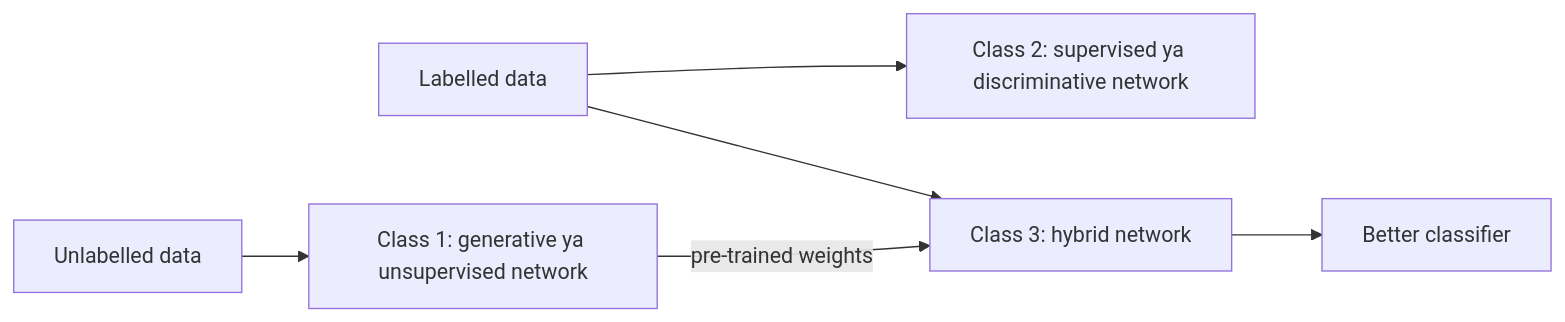
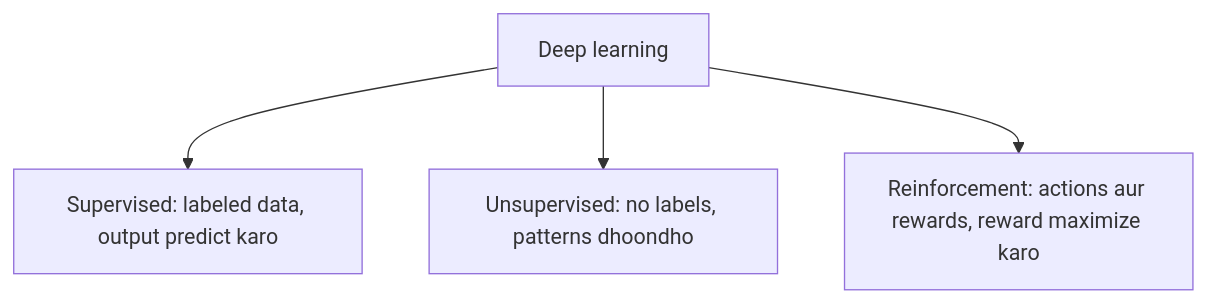
Before and after one commit to TrendySloth1001/sem-seven-notes: the diagram in content/deep-learning/pyq/2024-12/q2a.hi.mdx, drawn with Mermaid. The commit also changed other lines of this file and 168 other files, not shown here.

````diff
--- a/content/deep-learning/pyq/2024-12/q2a.hi.mdx
+++ b/content/deep-learning/pyq/2024-12/q2a.hi.mdx
@@ -9,9 +7,7 @@
 ```mermaid
-%% caption: Teeno classes ka relation. Hybrid class ek generative network ke seekhe hue weights ka use karti hai, taaki discriminative network ko help mile.
-flowchart LR
-  U["Unlabelled data"] --> G["Class 1: generative ya unsupervised network"]
-  L["Labelled data"] --> D["Class 2: supervised ya discriminative network"]
-  G -- "pre-trained weights" --> H["Class 3: hybrid network"]
-  L --> H
-  H --> P["Better classifier"]
+%% caption: Deep learning ki teen classes aur har ek ka one-line idea.
+flowchart TD
+  A["Deep learning"] --> B["Supervised: labeled data, output predict karo"]
+  A --> C["Unsupervised: no labels, patterns dhoondho"]
+  A --> D["Reinforcement: actions aur rewards, reward maximize karo"]
 ```
````
